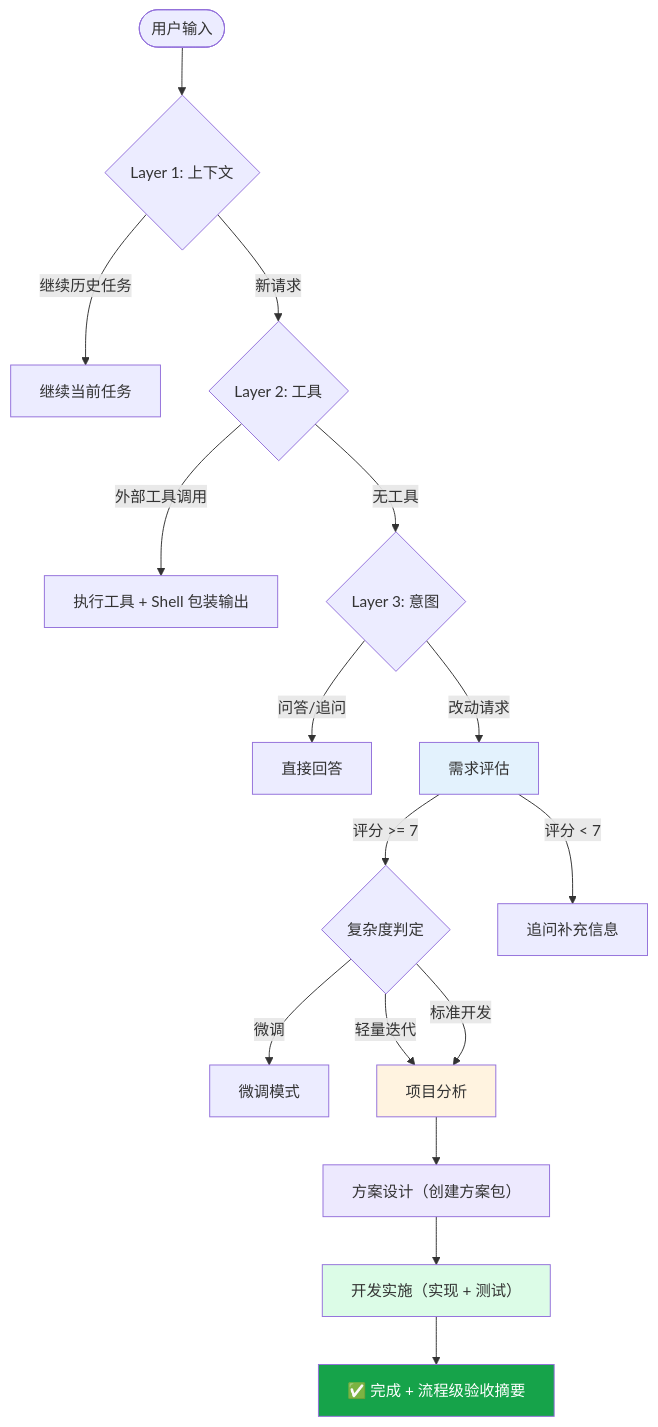
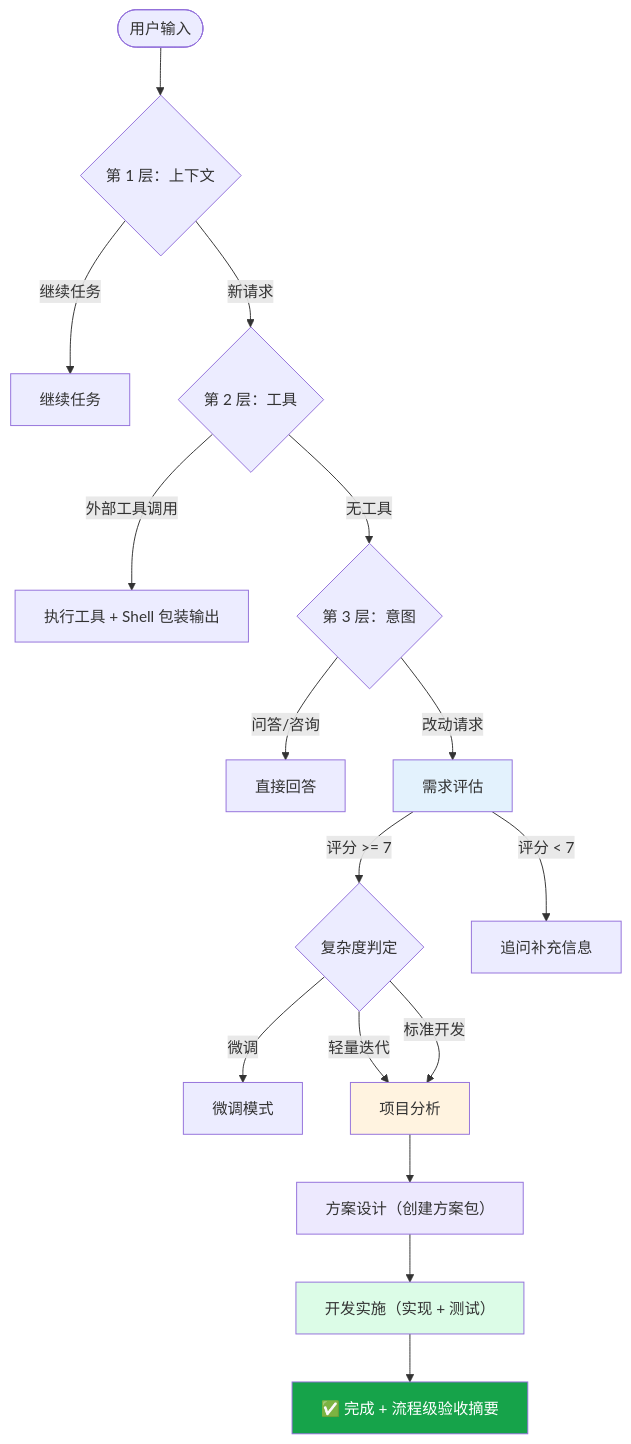
Before and after one commit to hellowind777/helloagents: the diagram in README_CN.md, drawn with Mermaid. The commit also changed other lines of this file and 2 other files, not shown here.

````diff
--- a/README_CN.md
+++ b/README_CN.md
@@ -271,29 +295,29 @@
 ```mermaid
 flowchart TD
-  Start([用户输入]) --> L1{Layer 1: 上下文}
-  L1 -->|继续历史任务| Continue[继续当前任务]
-  L1 -->|新请求| L2{Layer 2: 工具}
+  Start([用户输入]) --> L1{第 1 层：上下文}
+  L1 -->|继续任务| Continue[继续任务]
+  L1 -->|新请求| L2{第 2 层：工具}
 
   L2 -->|外部工具调用| Tool[执行工具 + Shell 包装输出]
-  L2 -->|无工具| L3{Layer 3: 意图}
+  L2 -->|无工具| L3{第 3 层：意图}
 
-  L3 -->|问答/追问| Answer[直接回答]
+  L3 -->|问答/咨询| Answer[直接回答]
   L3 -->|改动请求| Eval[需求评估]
 
   Eval -->|评分 >= 7| Complexity{复杂度判定}
   Eval -->|评分 < 7| Clarify[追问补充信息]
 
   Complexity -->|微调| Tweak[微调模式]
   Complexity -->|轻量迭代| Analyze[项目分析]
   Complexity -->|标准开发| Analyze
 
   Analyze --> Design[方案设计（创建方案包）]
   Design --> Develop[开发实施（实现 + 测试）]
   Develop --> Done[✅ 完成 + 流程级验收摘要]
 
   style Eval fill:#e3f2fd
   style Analyze fill:#fff3e0
   style Design fill:#ede9fe
   style Develop fill:#dcfce7
   style Done fill:#16a34a,color:#fff
 ```
````
